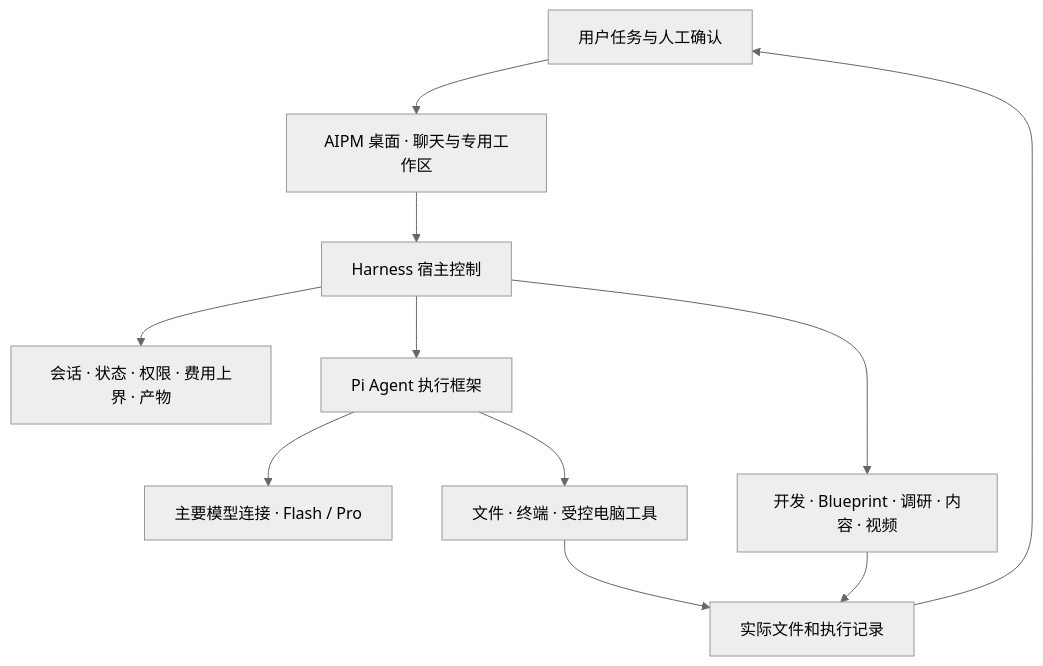
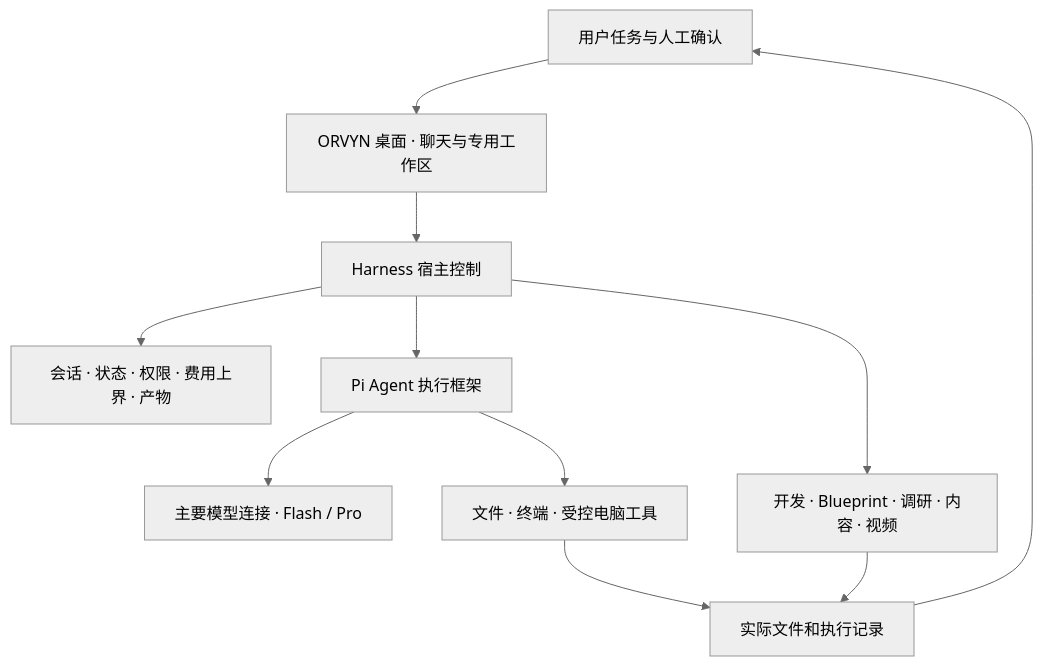
One commit to YEMIN11238/AIPM-Workbench changed the diagram in README.md. Above: the diagram before and after it, drawn with Mermaid (neutral theme). The commit also changed other lines of this file and 40 other files, not shown here.

````diff
--- a/README.md
+++ b/README.md
@@ -113,13 +113,13 @@
 ```mermaid
 flowchart TB
-    U[用户任务与人工确认] --> UI[AIPM 桌面 · 聊天与专用工作区]
+    U[用户任务与人工确认] --> UI[ORVYN 桌面 · 聊天与专用工作区]
     UI --> H[Harness 宿主控制]
     H --> S[会话 · 状态 · 权限 · 费用上界 · 产物]
     H --> P[Pi Agent 执行框架]
     P --> M[主要模型连接 · Flash / Pro]
     P --> T[文件 · 终端 · 受控电脑工具]
     H --> B[开发 · Blueprint · 调研 · 内容 · 视频]
     T --> O[实际文件和执行记录]
     B --> O
     O --> U
 ```
````
